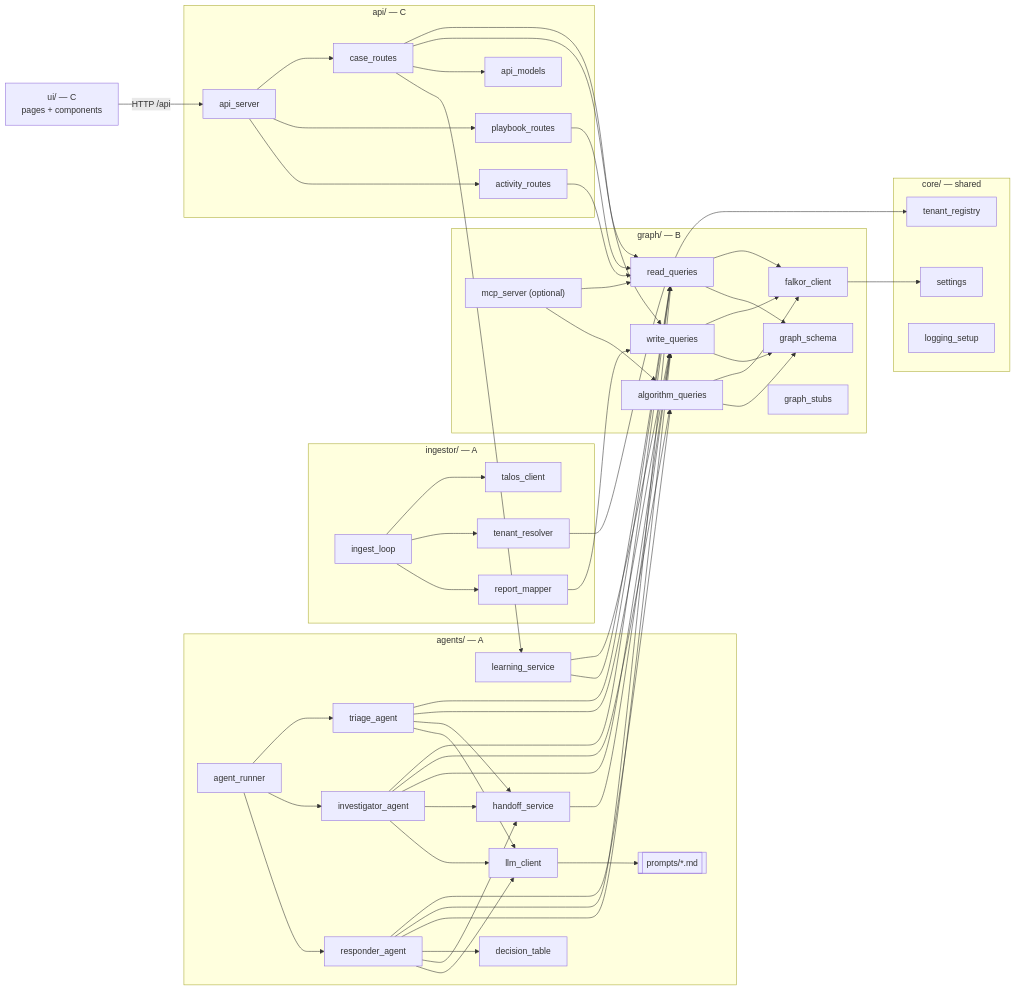
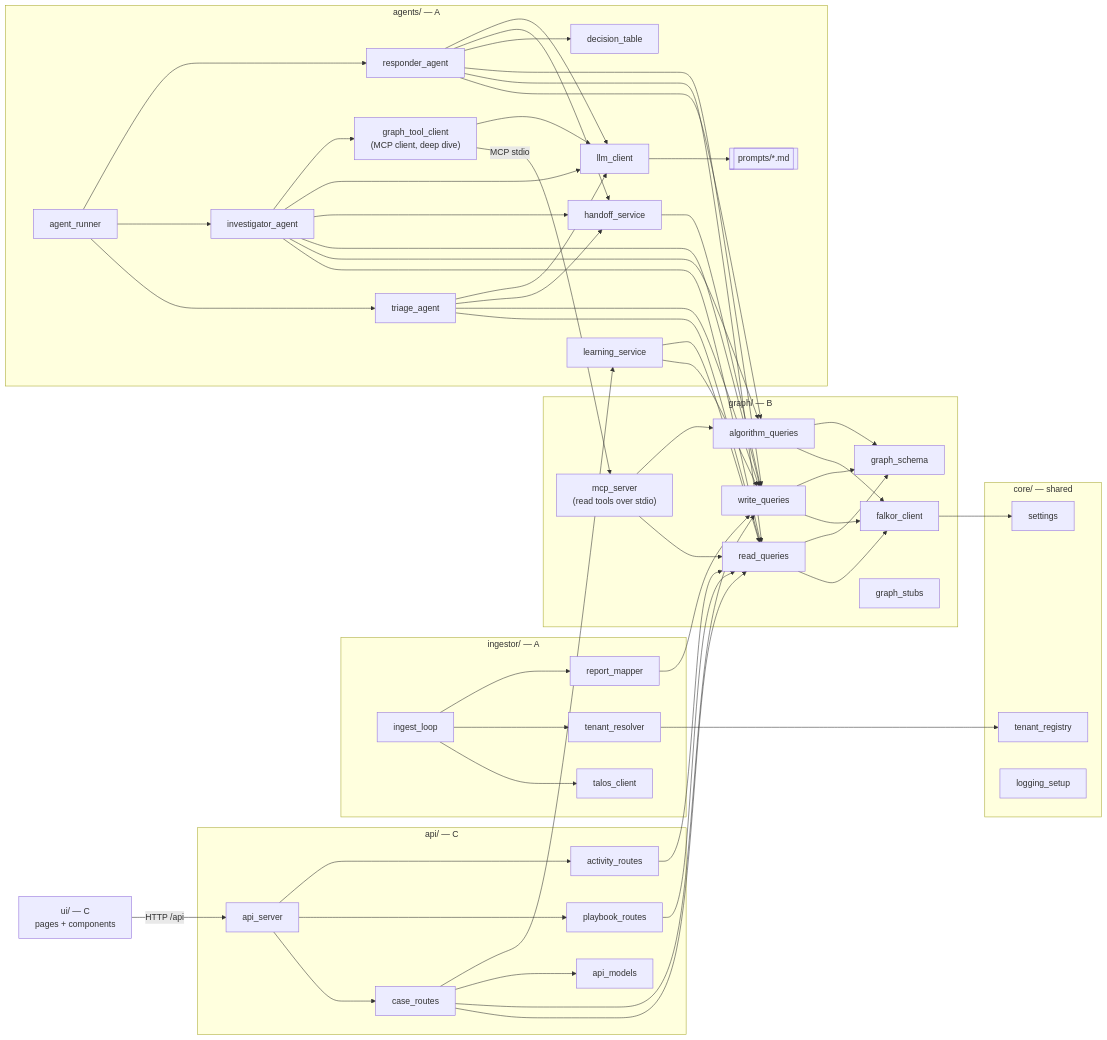
One commit to anandharshit712/Argus-SOC changed the third of 8 diagrams in docs/ARCHITECTURE.md. Above: the diagram before and after it, drawn with Mermaid. The commit also changed other lines of this file and 7 other files, not shown here.

Commit message:
docs: cover both tracks' focus points (MCP deep dive, semantic facts, concurrency proof)

````diff
--- a/docs/ARCHITECTURE.md
+++ b/docs/ARCHITECTURE.md
@@ -108,73 +108,76 @@
 ```mermaid
 flowchart LR
     subgraph A_ING["ingestor/ — A"]
         TC["talos_client"]
         RM["report_mapper"]
         TR["tenant_resolver"]
         IL["ingest_loop"]
     end
 
     subgraph A_AG["agents/ — A"]
         AR["agent_runner"]
         TRI["triage_agent"]
         INVE["investigator_agent"]
         RESP["responder_agent"]
         DT["decision_table"]
         HS["handoff_service"]
         LS["learning_service"]
         LLM["llm_client"]
+        GTC["graph_tool_client<br/>(MCP client, deep dive)"]
         PR[["prompts/*.md"]]
     end
 
     subgraph B_GR["graph/ — B"]
         FC["falkor_client"]
         GS["graph_schema"]
         RQ["read_queries"]
         AQ["algorithm_queries"]
         WQ["write_queries"]
         STUB["graph_stubs"]
-        MCP["mcp_server (optional)"]
+        MCP["mcp_server<br/>(read tools over stdio)"]
     end
 
     subgraph C_API["api/ — C"]
         SRV["api_server"]
         CR["case_routes"]
         PBR["playbook_routes"]
         ACR["activity_routes"]
         AM["api_models"]
     end
 
     subgraph CORE["core/ — shared"]
         SET["settings"]
         TEN["tenant_registry"]
         LOG["logging_setup"]
     end
 
     UIAPP["ui/ — C<br/>pages + components"]
 
     IL --> TC
     IL --> TR
     IL --> RM
     RM --> WQ
     TR --> TEN
 
     AR --> TRI & INVE & RESP
     TRI --> RQ & WQ & HS & LLM
-    INVE --> RQ & AQ & WQ & HS & LLM
+    INVE --> RQ & AQ & WQ & HS & LLM & GTC
+    GTC -- "MCP stdio" --> MCP
+    GTC --> LLM
     RESP --> AQ & RQ & WQ & DT & HS & LLM
     LS --> WQ & RQ
     LLM --> PR
     HS --> WQ
 
     UIAPP -- "HTTP /api" --> SRV
     SRV --> CR & PBR & ACR
     CR --> RQ & WQ & AM
     CR --> LS
     PBR --> RQ
     ACR --> RQ
 
     RQ & AQ & WQ --> FC
     RQ & AQ & WQ --> GS
     FC --> SET
     MCP --> RQ & AQ
 ```
````
